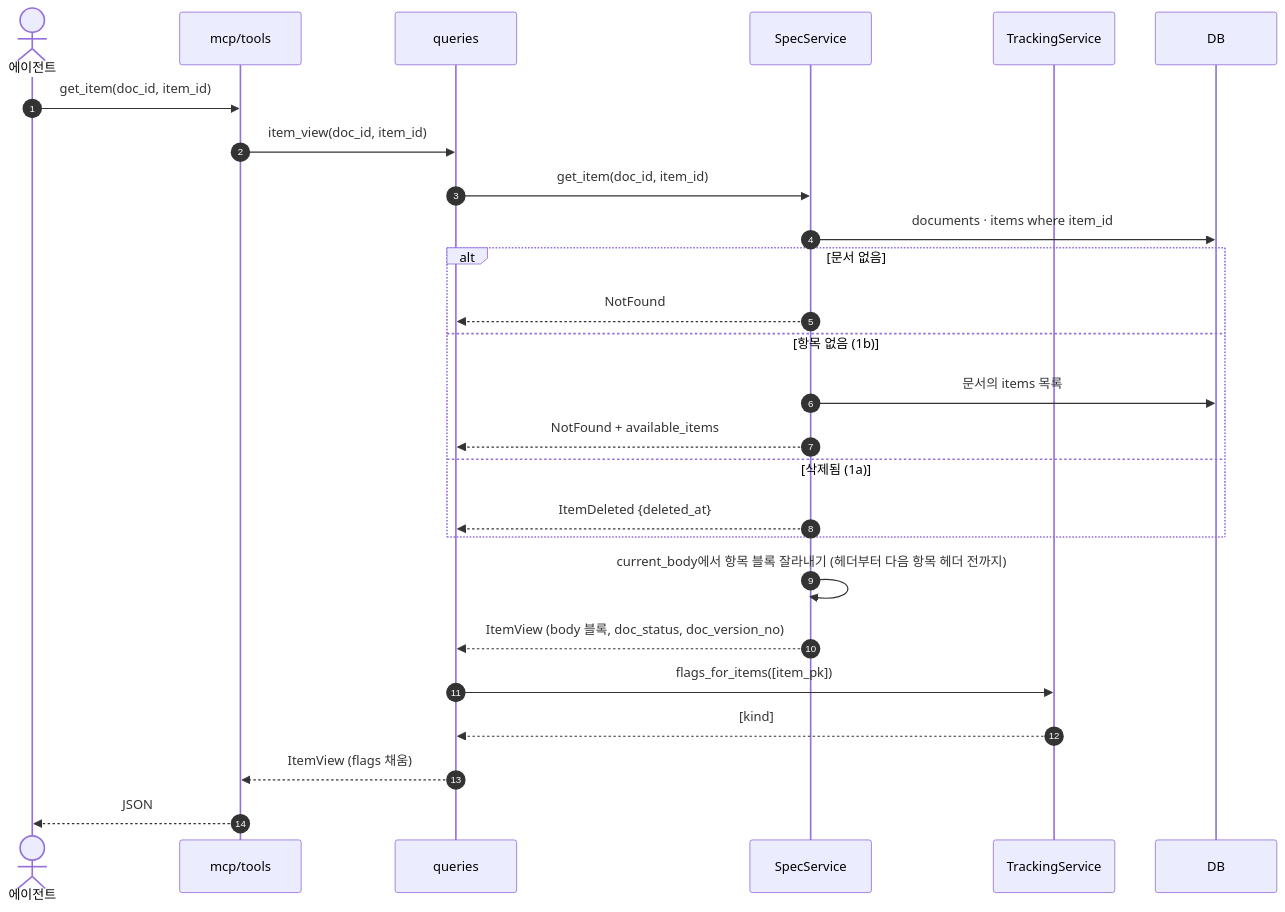
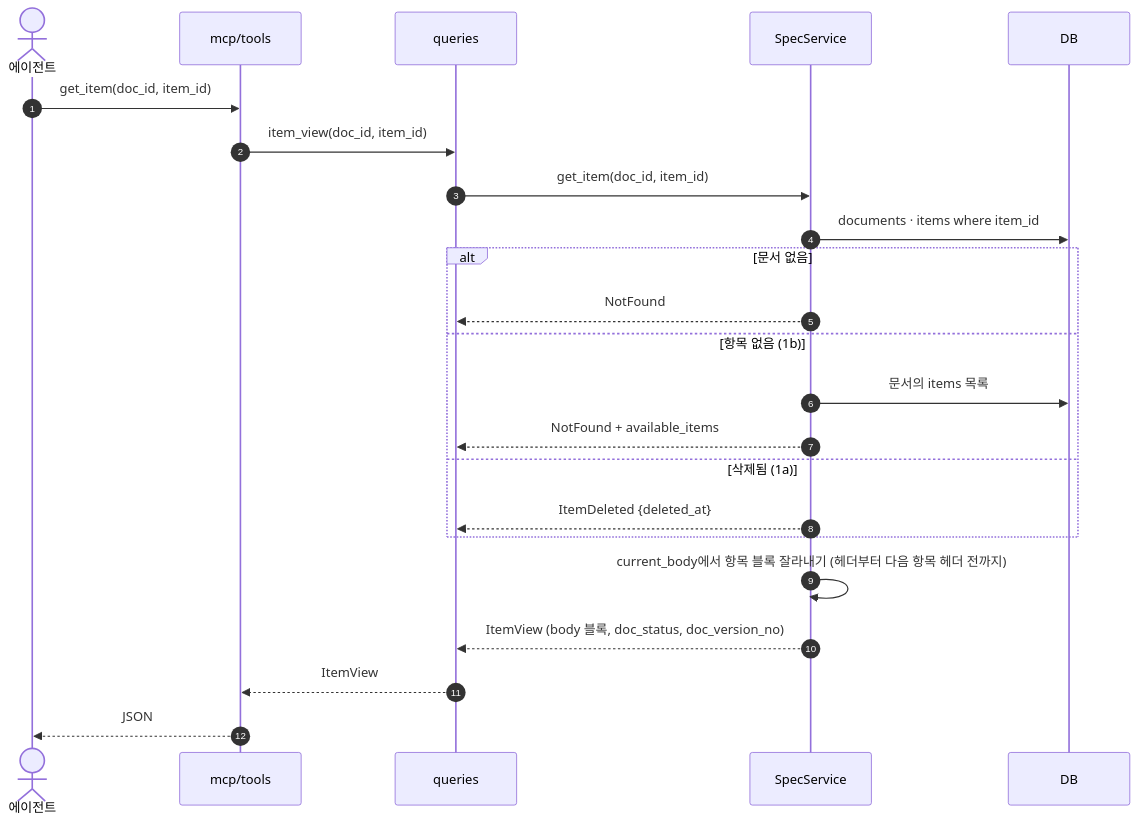
One commit to HoyoungParkme/syncdoc changed the tenth of 22 diagrams in docs/specs/09-SEQ/SYNC-SEQ-001.md. Above: the diagram before and after it, drawn with Mermaid. The commit also changed other lines of this file and 100 other files, not shown here.

````diff
--- a/docs/specs/09-SEQ/SYNC-SEQ-001.md
+++ b/docs/specs/09-SEQ/SYNC-SEQ-001.md
@@ -706,29 +550,26 @@
 ```mermaid
 sequenceDiagram
     autonumber
     actor A as 에이전트
     participant T as mcp/tools
     participant Q as queries
     participant S as SpecService
-    participant TR as TrackingService
     participant DB
 
     A->>T: get_item(doc_id, item_id)
     T->>Q: item_view(doc_id, item_id)
     Q->>S: get_item(doc_id, item_id)
     S->>DB: documents · items where item_id
     alt 문서 없음
         S-->>Q: NotFound
     else 항목 없음 (1b)
         S->>DB: 문서의 items 목록
         S-->>Q: NotFound + available_items
     else 삭제됨 (1a)
         S-->>Q: ItemDeleted {deleted_at}
     end
     S->>S: current_body에서 항목 블록 잘라내기 (헤더부터 다음 항목 헤더 전까지)
     S-->>Q: ItemView (body 블록, doc_status, doc_version_no)
-    Q->>TR: flags_for_items([item_pk])
-    TR-->>Q: [kind]
-    Q-->>T: ItemView (flags 채움)
+    Q-->>T: ItemView
     T-->>A: JSON
 ```
````
